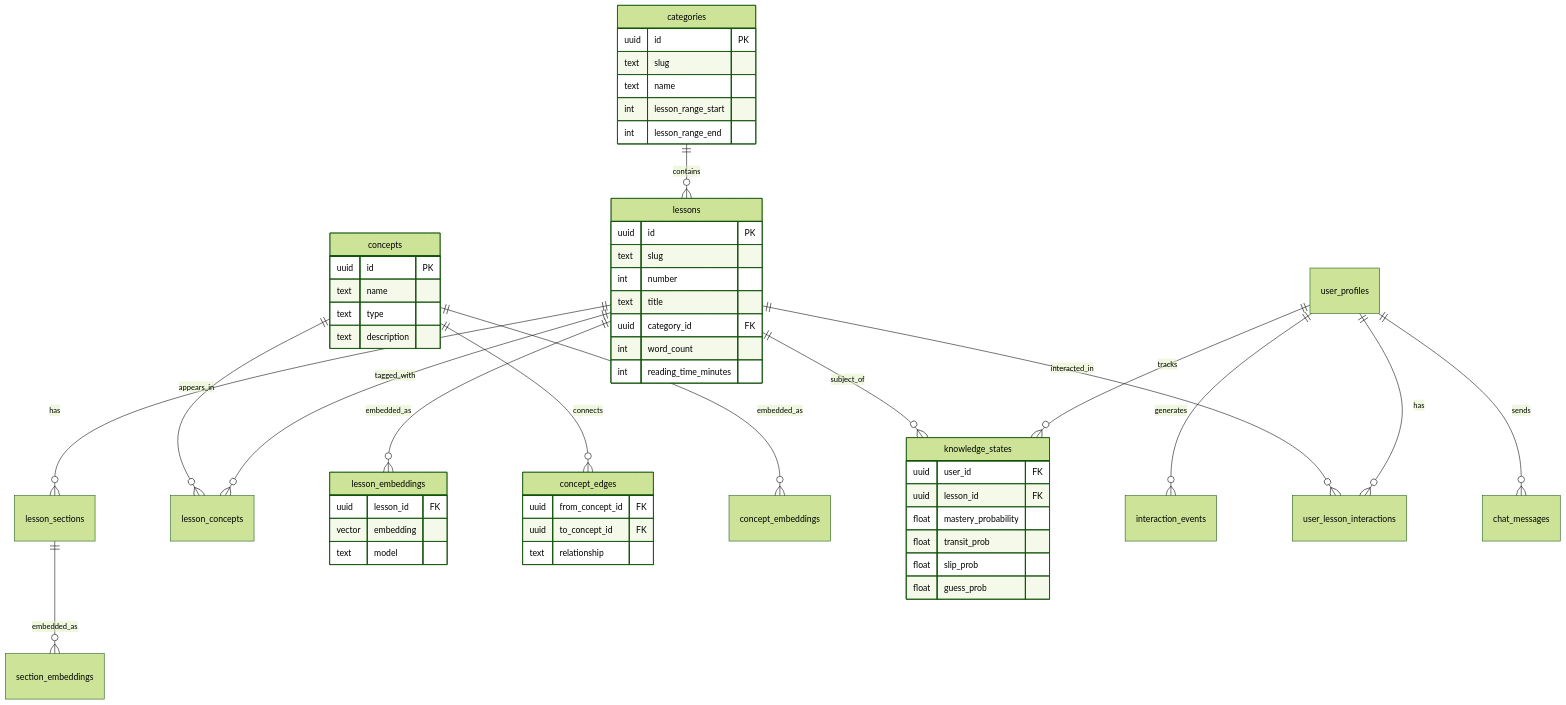
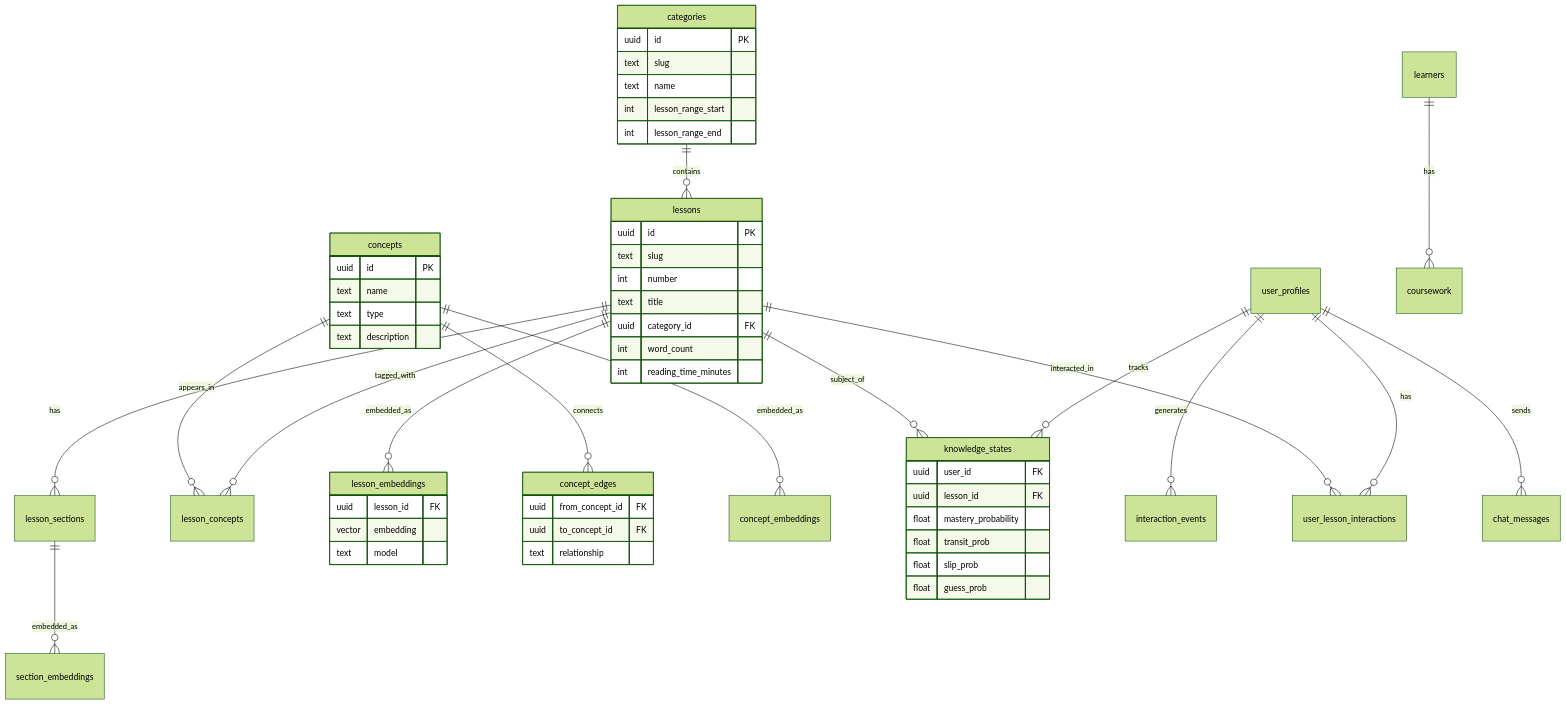
One commit to v9ai/ai-apps changed the second of 12 diagrams in apps/knowledge/README.md. Above: the diagram before and after it, drawn with Mermaid (forest theme). The commit also changed other lines of this file and 3 other files, not shown here.

````diff
--- a/apps/knowledge/README.md
+++ b/apps/knowledge/README.md
@@ -56,63 +56,64 @@
 ```mermaid
 erDiagram
     categories ||--o{ lessons : contains
     lessons ||--o{ lesson_sections : has
     lessons ||--o{ lesson_concepts : tagged_with
     lessons ||--o{ lesson_embeddings : embedded_as
     lesson_sections ||--o{ section_embeddings : embedded_as
     concepts ||--o{ concept_edges : connects
     concepts ||--o{ lesson_concepts : appears_in
     concepts ||--o{ concept_embeddings : embedded_as
     user_profiles ||--o{ knowledge_states : tracks
     user_profiles ||--o{ interaction_events : generates
     user_profiles ||--o{ user_lesson_interactions : has
     user_profiles ||--o{ chat_messages : sends
     lessons ||--o{ knowledge_states : subject_of
     lessons ||--o{ user_lesson_interactions : interacted_in
+    learners ||--o{ coursework : has
 
     categories {
         uuid id PK
         text slug
         text name
         int lesson_range_start
         int lesson_range_end
     }
 
     lessons {
         uuid id PK
         text slug
         int number
         text title
         uuid category_id FK
         int word_count
         int reading_time_minutes
     }
 
     concepts {
         uuid id PK
         text name
         text type
         text description
     }
 
     concept_edges {
         uuid from_concept_id FK
         uuid to_concept_id FK
         text relationship
     }
 
     lesson_embeddings {
         uuid lesson_id FK
         vector embedding
         text model
     }
 
     knowledge_states {
         uuid user_id FK
         uuid lesson_id FK
         float mastery_probability
         float transit_prob
         float slip_prob
         float guess_prob
     }
 ```
````
